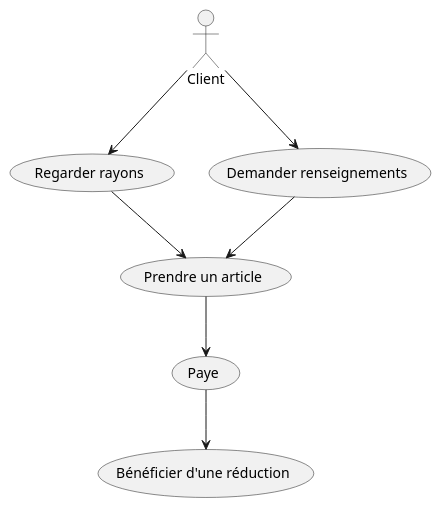
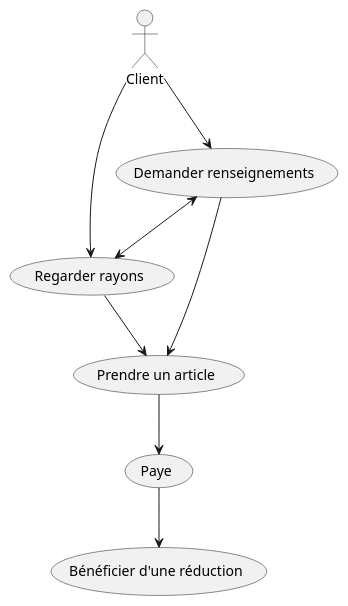
The diagram in TD4/exo2.plantuml (IUT-Blagnac/bcoo-LordHugo02), drawn with PlantUML before and after one commit.

Commit message:
minor fix

```diff
--- a/TD4/exo2.plantuml
+++ b/TD4/exo2.plantuml
@@ -1,41 +1,42 @@
 @startuml Titre
 '--------------------------------
 ' Parametres pour le dessin
 '--------------------------------
 '--http://iut-blagnac.github.io/POO/TD3.html--
 hide circle
 hide empty members
 hide empty methods
 '--------------------------------
 
 '4.2.3
 
 '2.2.1. Énoncé
 'Dans un magasin,
 ' le processus de vente
 '  est le suivant : le client entre, passe dans
 '   les rayons, demande éventuellement des renseignements 
 '   ou procède à des essais, prend des articles (si le 
 '   stock est suffisant), passe à la caisse où il règle 
 '   ses achats (avec tout moyen de paiement accepté). 
 '   Il peut éventuellement bénéficier d’une réduction.
 
 
 
 
 actor Client
 usecase (Regarder rayons) as Regarder 
 usecase (Demander renseignements) as Demander 
 usecase (Prendre un article) as Prendre 
 usecase (Paye) as Payer
 usecase (Bénéficier d'une réduction) as Reduction
 
 Client --> Regarder
 Client --> Demander
 Demander --> Prendre 
 Regarder --> Prendre 
+Demander <--> Regarder
 Prendre --> Payer 
 Payer --> Reduction
 
 
 @enduml
```
